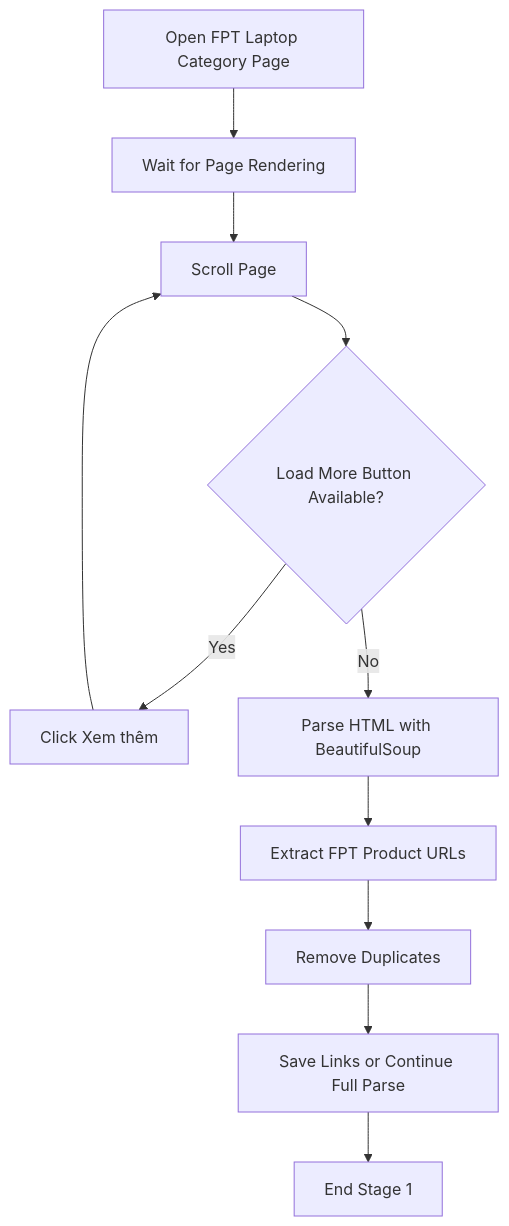
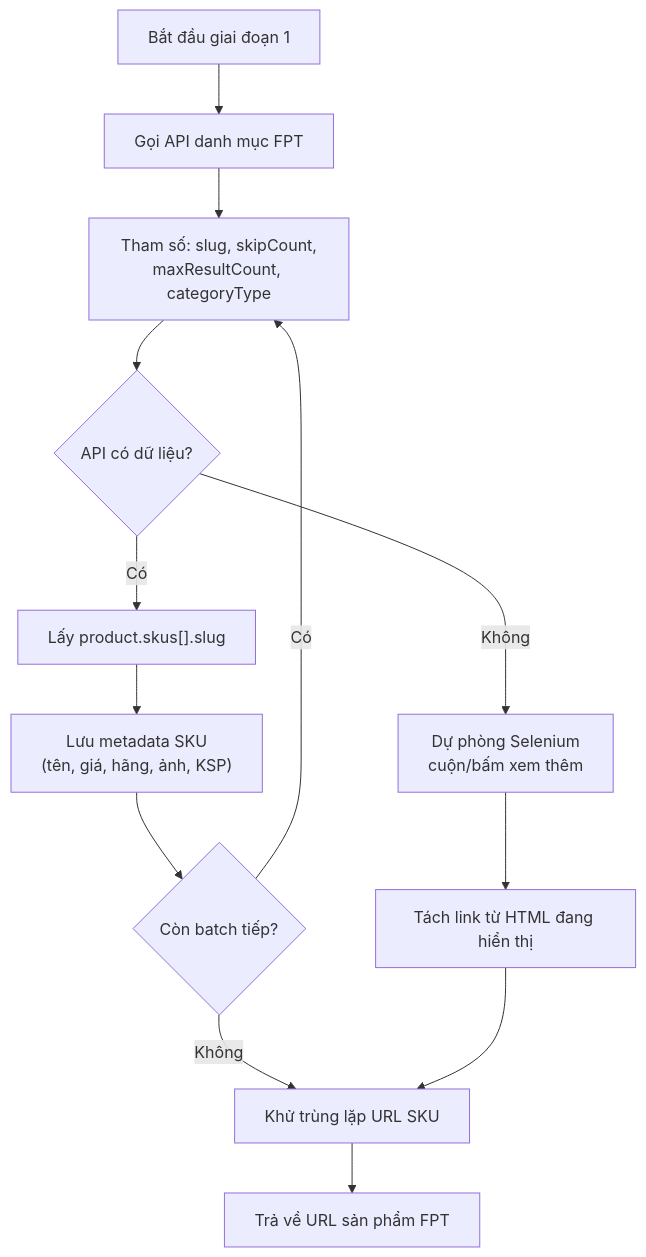
One commit to huyt39/Laptop-Advisor-DS changed the second of 4 diagrams in reports/fpt_laptop_advisor_report.md. Above: the diagram before and after it, drawn with Mermaid. The commit also changed other lines of this file, not shown here.

````diff
--- a/reports/fpt_laptop_advisor_report.md
+++ b/reports/fpt_laptop_advisor_report.md
@@ -135,13 +136,15 @@
 ```mermaid
 flowchart TD
-    A["Open FPT Laptop Category Page"] --> B["Wait for Page Rendering"]
-    B --> C["Scroll Page"]
-    C --> D{"Load More Button Available?"}
-    D -- Yes --> E["Click Xem thêm"]
-    E --> C
-    D -- No --> F["Parse HTML with BeautifulSoup"]
-    F --> G["Extract FPT Product URLs"]
-    G --> H["Remove Duplicates"]
-    H --> I["Save Links or Continue Full Parse"]
-    I --> J["End Stage 1"]
+    A["Bắt đầu giai đoạn 1"] --> B["Gọi API danh mục FPT"]
+    B --> C["Tham số: slug, skipCount,<br/>maxResultCount, categoryType"]
+    C --> D{"API có dữ liệu?"}
+    D -- Có --> E["Lấy product.skus[].slug"]
+    E --> F["Lưu metadata SKU<br/>(tên, giá, hãng, ảnh, KSP)"]
+    F --> G{"Còn batch tiếp?"}
+    G -- Có --> C
+    G -- Không --> H["Khử trùng lặp URL SKU"]
+    D -- Không --> I["Dự phòng Selenium<br/>cuộn/bấm xem thêm"]
+    I --> J["Tách link từ HTML đang hiển thị"]
+    J --> H
+    H --> K["Trả về URL sản phẩm FPT"]
 ```
````
